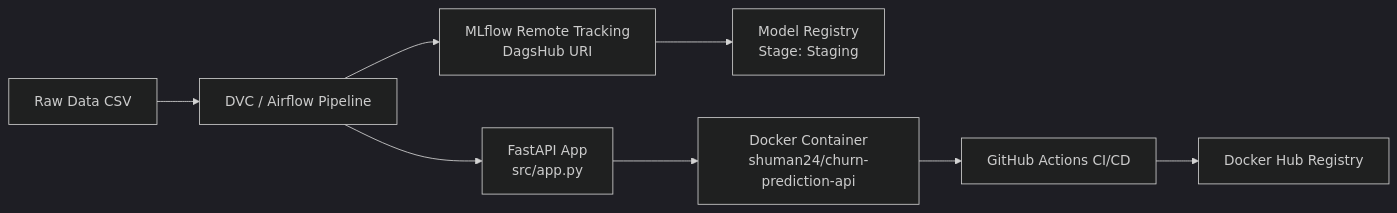
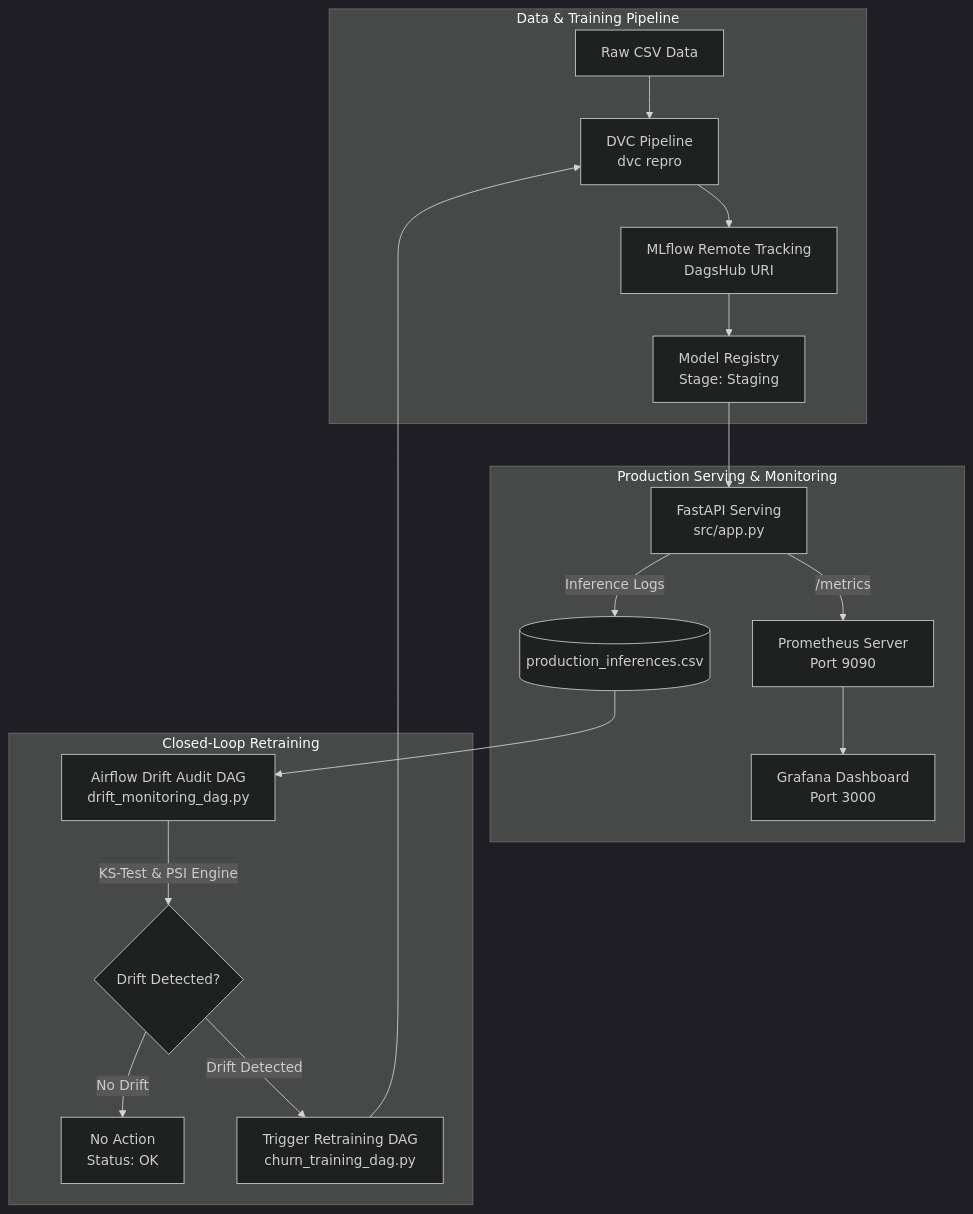
The diagram in README.md (sujat-khan/Churn-Mlops-Pipeline), drawn with Mermaid (dark theme) before and after one commit. The commit also changed other lines of this file, not shown here.

Commit message:
docs: update README with architecture diagrams, monitoring stacks, and drift detection workflow details

````diff
--- a/README.md
+++ b/README.md
@@ -28,10 +33,23 @@
 ```mermaid
-flowchart LR
-    A[Raw Data CSV] --> B[DVC / Airflow Pipeline]
-    B --> C[MLflow Remote Tracking<br/>DagsHub URI]
-    C --> D[Model Registry<br/>Stage: Staging]
-    B --> E[FastAPI App<br/>src/app.py]
-    E --> F[Docker Container<br/>shuman24/churn-prediction-api]
-    F --> G[GitHub Actions CI/CD]
-    G --> H[Docker Hub Registry]
+flowchart TD
+    subgraph Data & Training Pipeline
+        A[Raw CSV Data] --> B[DVC Pipeline<br/>dvc repro]
+        B --> C[MLflow Remote Tracking<br/>DagsHub URI]
+        C --> D[Model Registry<br/>Stage: Staging]
+    end
+
+    subgraph Production Serving & Monitoring
+        D --> E[FastAPI Serving<br/>src/app.py]
+        E -->|Inference Logs| F[(production_inferences.csv)]
+        E -->|/metrics| G[Prometheus Server<br/>Port 9090]
+        G --> H[Grafana Dashboard<br/>Port 3000]
+    end
+
+    subgraph Closed-Loop Retraining
+        F --> I[Airflow Drift Audit DAG<br/>drift_monitoring_dag.py]
+        I -->|KS-Test & PSI Engine| J{Drift Detected?}
+        J -->|No Drift| K[No Action<br/>Status: OK]
+        J -->|Drift Detected| L[Trigger Retraining DAG<br/>churn_training_dag.py]
+        L --> B
+    end
 ```
````
